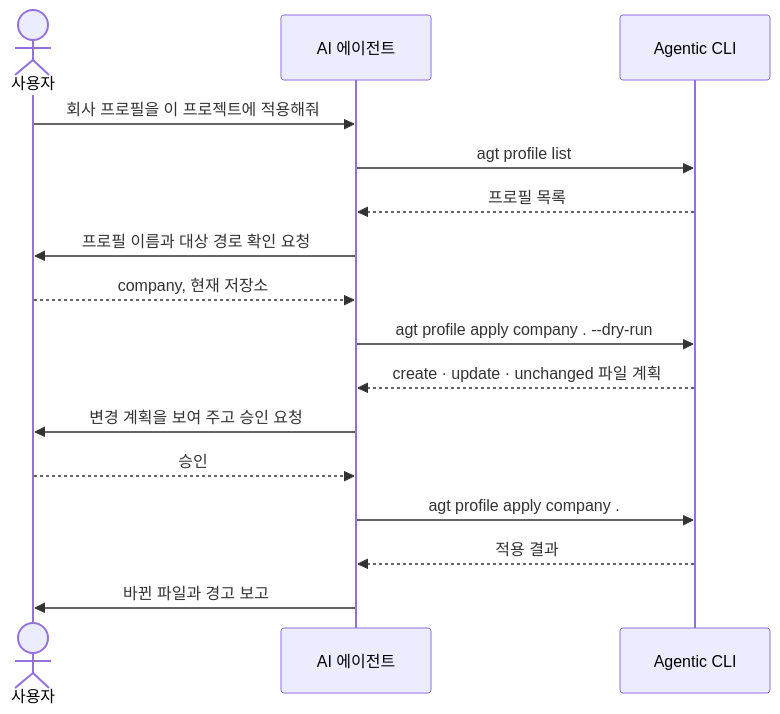
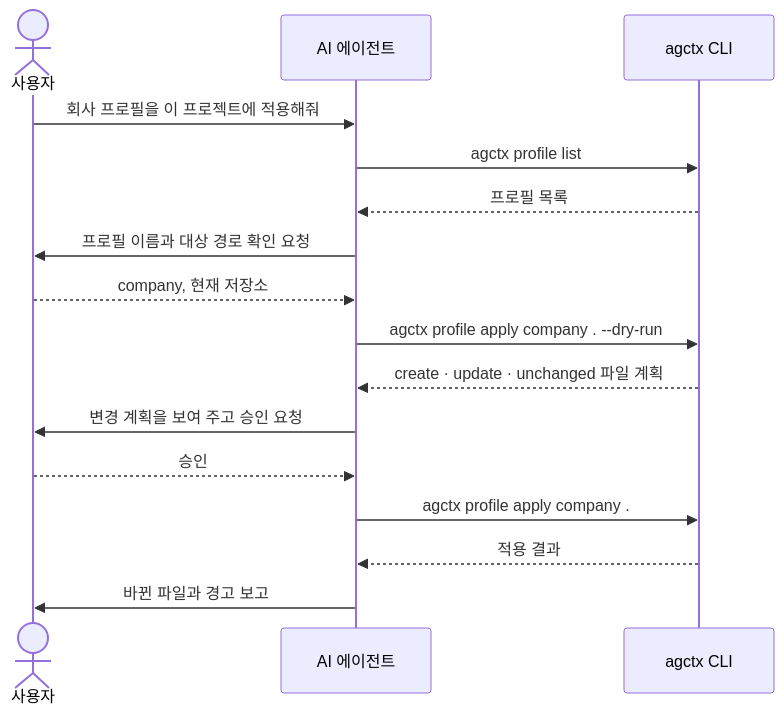
One commit to IsthisLee/agent-context-manager changed the first of 2 diagrams in docs/discussion/architecture/topics/agent-mediated-usage.md. Above: the diagram before and after it, drawn with Mermaid. The commit also changed other lines of this file and 73 other files, not shown here.

````diff
--- a/docs/discussion/architecture/topics/agent-mediated-usage.md
+++ b/docs/discussion/architecture/topics/agent-mediated-usage.md
@@ -57,18 +57,18 @@
 ```mermaid
 sequenceDiagram
   actor U as 사용자
   participant A as AI 에이전트
-  participant C as Agentic CLI
+  participant C as agctx CLI
   U->>A: 회사 프로필을 이 프로젝트에 적용해줘
-  A->>C: agt profile list
+  A->>C: agctx profile list
   C-->>A: 프로필 목록
   A->>U: 프로필 이름과 대상 경로 확인 요청
   U-->>A: company, 현재 저장소
-  A->>C: agt profile apply company . --dry-run
+  A->>C: agctx profile apply company . --dry-run
   C-->>A: create · update · unchanged 파일 계획
   A->>U: 변경 계획을 보여 주고 승인 요청
   U-->>A: 승인
-  A->>C: agt profile apply company .
+  A->>C: agctx profile apply company .
   C-->>A: 적용 결과
   A->>U: 바뀐 파일과 경고 보고
 ```
````
